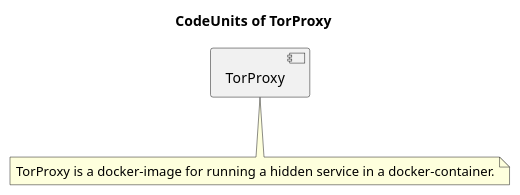
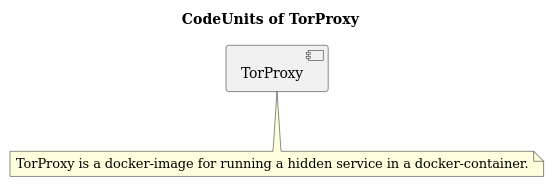
The diagram in Other/Reference/Technical/Diagrams/CodeUnits-Overview.plantuml (anionDevelopment/TorProxy), drawn with PlantUML before and after one commit. The commit also changed 10 other files, not shown here.

```diff
--- a/Other/Reference/Technical/Diagrams/CodeUnits-Overview.plantuml
+++ b/Other/Reference/Technical/Diagrams/CodeUnits-Overview.plantuml
@@ -1,11 +1,12 @@
 @startuml CodeUnits-Overview
+skinparam defaultFontName "DejaVu Sans"
 title CodeUnits of TorProxy
 
 [TorProxy]
 note as TorProxyNote
   TorProxy is a docker-image for running a hidden service in a docker-container.
 end note
 TorProxy .. TorProxyNote
 
 
 @enduml
```
